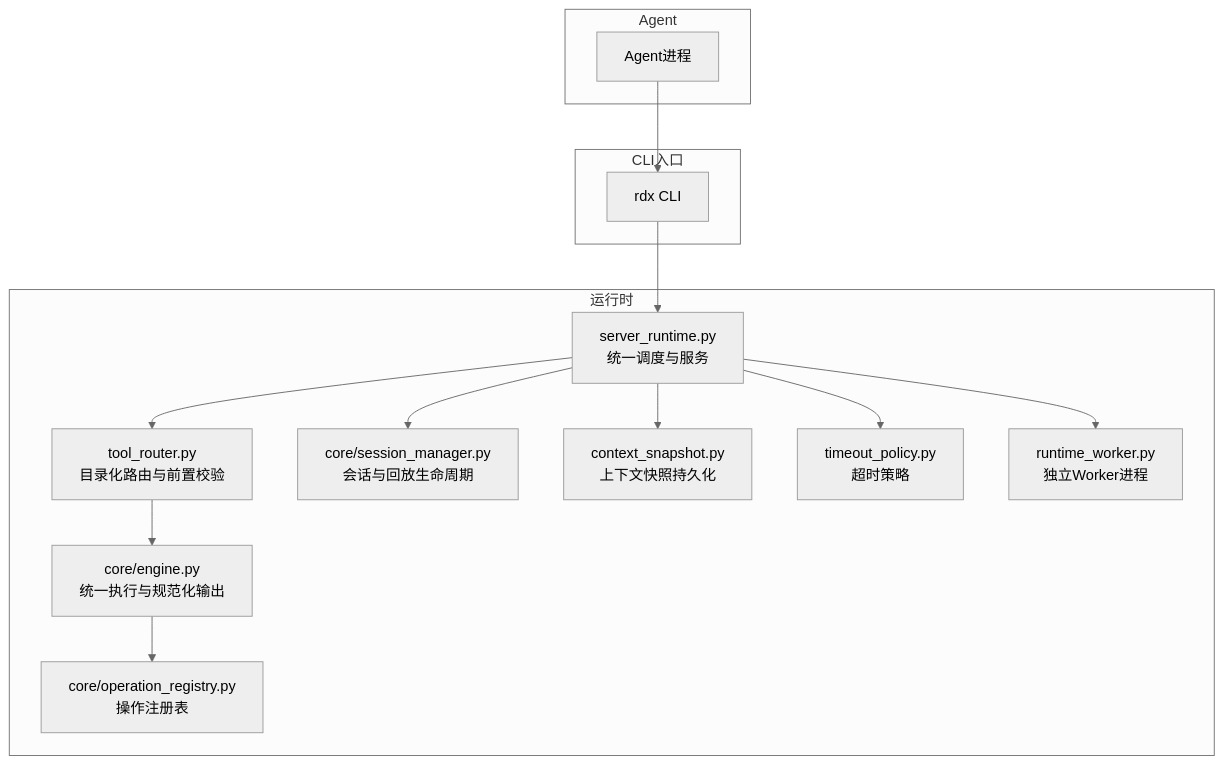
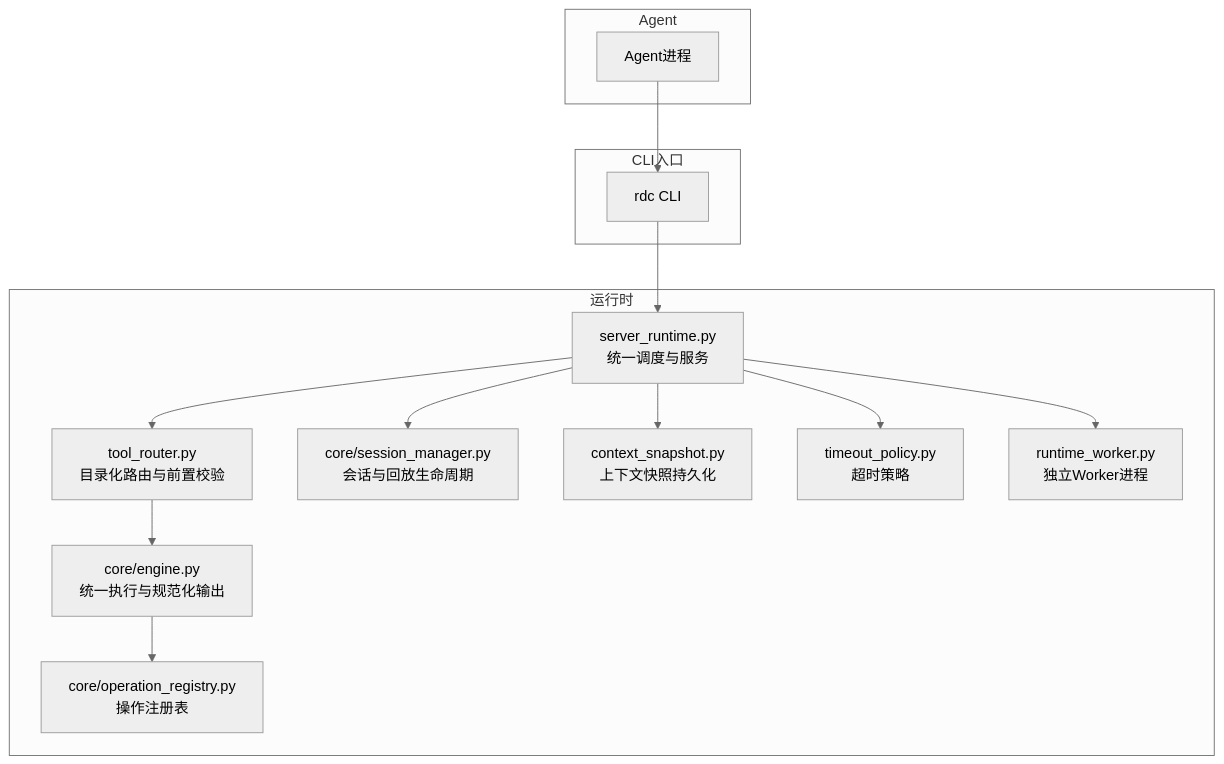
One commit to haolange/RDC-Tool changed the first of 8 diagrams in .qoder/repowiki/zh/content/核心概念/Agent模型.md. Above: the diagram before and after it, drawn with Mermaid (neutral theme). The commit also changed other lines of this file and 388 other files, not shown here.

````diff
--- a/.qoder/repowiki/zh/content/核心概念/Agent模型.md
+++ b/.qoder/repowiki/zh/content/核心概念/Agent模型.md
@@ -39,25 +39,25 @@
 ```mermaid
 graph TB
 subgraph "Agent"
 A["Agent进程"]
 end
 subgraph "CLI入口"
-B["rdx CLI"]
+B["rdc CLI"]
 end
 subgraph "运行时"
 C["server_runtime.py<br/>统一调度与服务"]
 D["tool_router.py<br/>目录化路由与前置校验"]
 E["core/engine.py<br/>统一执行与规范化输出"]
 F["core/operation_registry.py<br/>操作注册表"]
 G["core/session_manager.py<br/>会话与回放生命周期"]
 H["context_snapshot.py<br/>上下文快照持久化"]
 I["timeout_policy.py<br/>超时策略"]
 J["runtime_worker.py<br/>独立Worker进程"]
 end
 A --> B --> C
 C --> D --> E --> F
 C --> G
 C --> H
 C --> I
 C --> J
 ```
````
